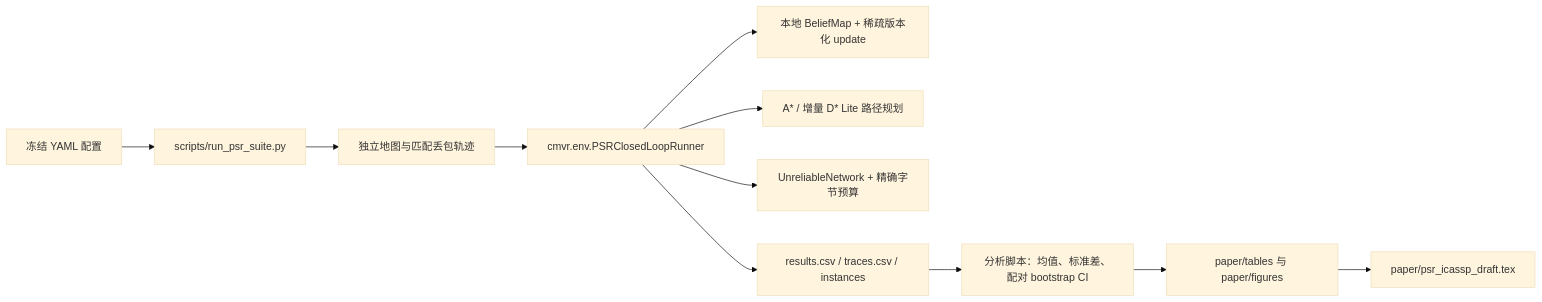
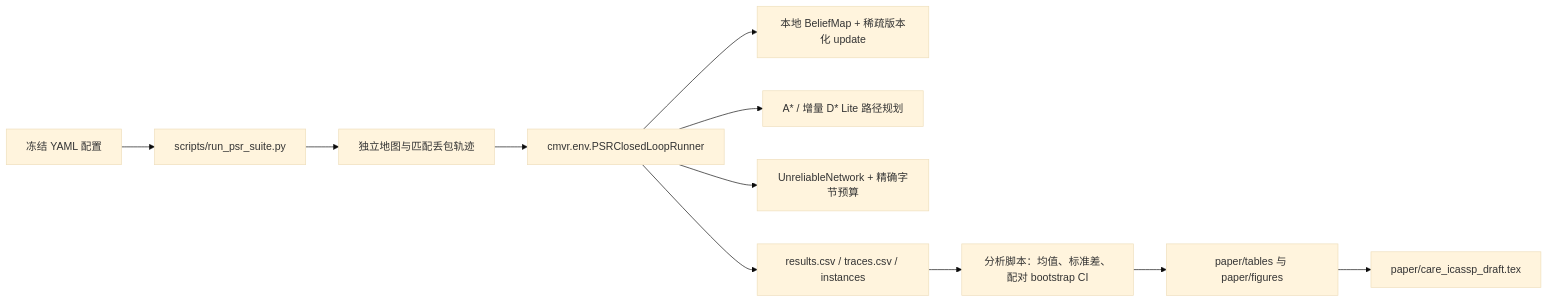
Before and after one commit to 21ning/CARE-Repair-Before-You-Decide-for-Lossy-Multi-Robot-Map-Sharing: the diagram in docs/ARCHITECTURE.md, drawn with Mermaid (base theme). The commit also changed other lines of this file and 34 other files, not shown here.

````diff
--- a/docs/ARCHITECTURE.md
+++ b/docs/ARCHITECTURE.md
@@ -8,13 +8,13 @@
 ```mermaid
 flowchart LR
   C[冻结 YAML 配置] --> R[scripts/run_psr_suite.py]
   R --> I[独立地图与匹配丢包轨迹]
   I --> E[cmvr.env.PSRClosedLoopRunner]
   E --> M[本地 BeliefMap + 稀疏版本化 update]
   E --> P[A* / 增量 D* Lite 路径规划]
   E --> N[UnreliableNetwork + 精确字节预算]
   E --> O[results.csv / traces.csv / instances]
   O --> A[分析脚本：均值、标准差、配对 bootstrap CI]
   A --> T[paper/tables 与 paper/figures]
-  T --> X[paper/psr_icassp_draft.tex]
+  T --> X[paper/care_icassp_draft.tex]
 ```
````
